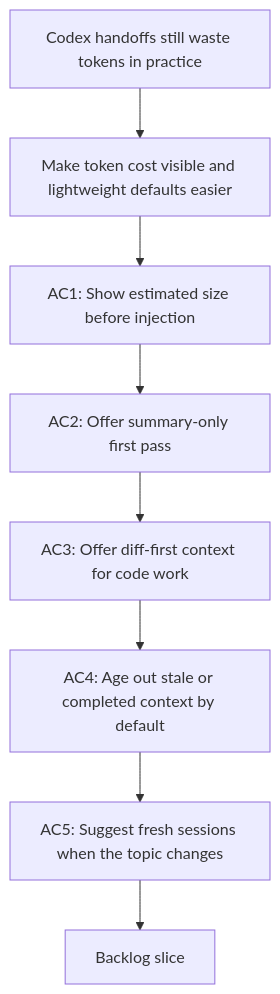
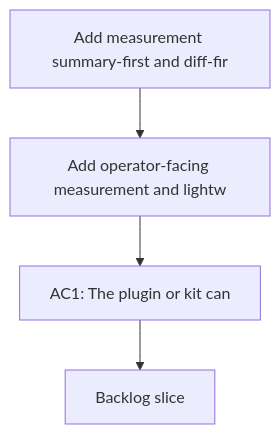
Before and after one commit to AlexAgo83/logics-manager: the diagram in logics/request/req_081_add_measurement_summary_first_and_diff_first_controls_to_reduce_codex_token_consumption.md, drawn with Mermaid. The commit also changed 481 other files, not shown here.

````diff
--- a/logics/request/req_081_add_measurement_summary_first_and_diff_first_controls_to_reduce_codex_token_consumption.md
+++ b/logics/request/req_081_add_measurement_summary_first_and_diff_first_controls_to_reduce_codex_token_consumption.md
@@ -25,12 +25,8 @@
 ```mermaid
 %% logics-kind: request
 %% logics-signature: request|add-measurement-summary-first-and-diff-f|add-operator-facing-measurement-and-ligh|ac1-the-plugin-or-kit-can
 flowchart TD
-    Trigger[Codex handoffs still waste tokens in practice] --> Need[Make token cost visible and lightweight defaults easier]
-    Need --> AC1[AC1: Show estimated size before injection]
-    AC1 --> AC2[AC2: Offer summary-only first pass]
-    AC2 --> AC3[AC3: Offer diff-first context for code work]
-    AC3 --> AC4[AC4: Age out stale or completed context by default]
-    AC4 --> AC5[AC5: Suggest fresh sessions when the topic changes]
-    AC5 --> Backlog[Backlog slice]
+    Trigger[Add measurement summary-first and diff-fir] --> Need[Add operator-facing measurement and lightw]
+    Need --> Outcome[AC1: The plugin or kit can]
+    Outcome --> Backlog[Backlog slice]
 ```
````
